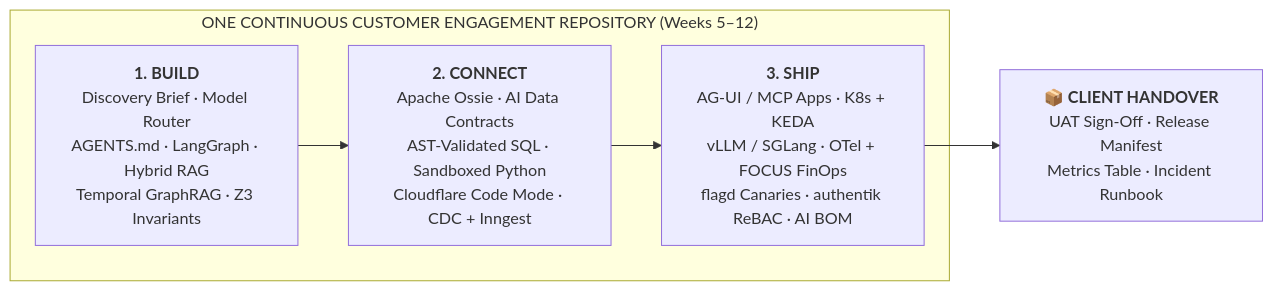
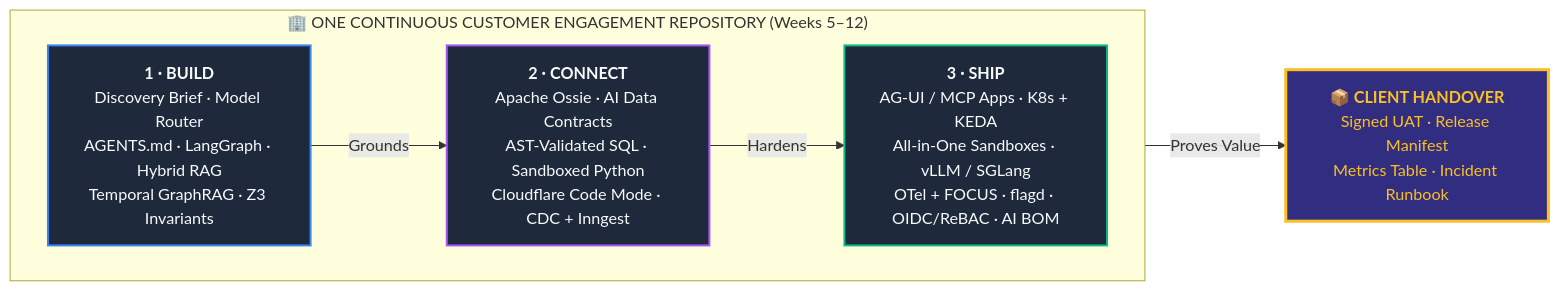
The third of 4 diagrams in roadmap-v1.md (Amie-dev/FDE-and-GenAI-Mastery), drawn with Mermaid before and after one commit. The commit also changed other lines of this file, not shown here.

Commit message:
Implement code changes to enhance functionality and improve performance

````diff
--- a/roadmap-v1.md
+++ b/roadmap-v1.md
@@ -504,11 +554,18 @@
 ```mermaid
 flowchart LR
-    subgraph ENGAGE["ONE CONTINUOUS CUSTOMER ENGAGEMENT REPOSITORY (Weeks 5–12)"]
-        B["<b>1. BUILD</b><br/>Discovery Brief · Model Router<br/>AGENTS.md · LangGraph · Hybrid RAG<br/>Temporal GraphRAG · Z3 Invariants"]
-        C["<b>2. CONNECT</b><br/>Apache Ossie · AI Data Contracts<br/>AST-Validated SQL · Sandboxed Python<br/>Cloudflare Code Mode · CDC + Inngest"]
-        S["<b>3. SHIP</b><br/>AG-UI / MCP Apps · K8s + KEDA<br/>vLLM / SGLang · OTel + FOCUS FinOps<br/>flagd Canaries · authentik ReBAC · AI BOM"]
-        B --> C --> S
+    classDef build fill:#1e293b,stroke:#3b82f6,stroke-width:2px,color:#f8fafc;
+    classDef connect fill:#1e293b,stroke:#a855f7,stroke-width:2px,color:#f8fafc;
+    classDef ship fill:#1e293b,stroke:#10b981,stroke-width:2px,color:#f8fafc;
+    classDef hand fill:#312e81,stroke:#fbbf24,stroke-width:3px,color:#fbbf24;
+
+    subgraph ENGAGE["🏢 ONE CONTINUOUS CUSTOMER ENGAGEMENT REPOSITORY (Weeks 5–12)"]
+        direction LR
+        B["<b>1 · BUILD</b><br/>Discovery Brief · Model Router<br/>AGENTS.md · LangGraph · Hybrid RAG<br/>Temporal GraphRAG · Z3 Invariants"]:::build
+        C["<b>2 · CONNECT</b><br/>Apache Ossie · AI Data Contracts<br/>AST-Validated SQL · Sandboxed Python<br/>Cloudflare Code Mode · CDC + Inngest"]:::connect
+        S["<b>3 · SHIP</b><br/>AG-UI / MCP Apps · K8s + KEDA<br/>All-in-One Sandboxes · vLLM / SGLang<br/>OTel + FOCUS · flagd · OIDC/ReBAC · AI BOM"]:::ship
+        B -->|"Grounds"| C -->|"Hardens"| S
     end
-    H["<b>📦 CLIENT HANDOVER</b><br/>UAT Sign-Off · Release Manifest<br/>Metrics Table · Incident Runbook"]
-    S --> H
+
+    H["<b>📦 CLIENT HANDOVER</b><br/>Signed UAT · Release Manifest<br/>Metrics Table · Incident Runbook"]:::hand
+    S -->|"Proves Value"| H
 ```
````
